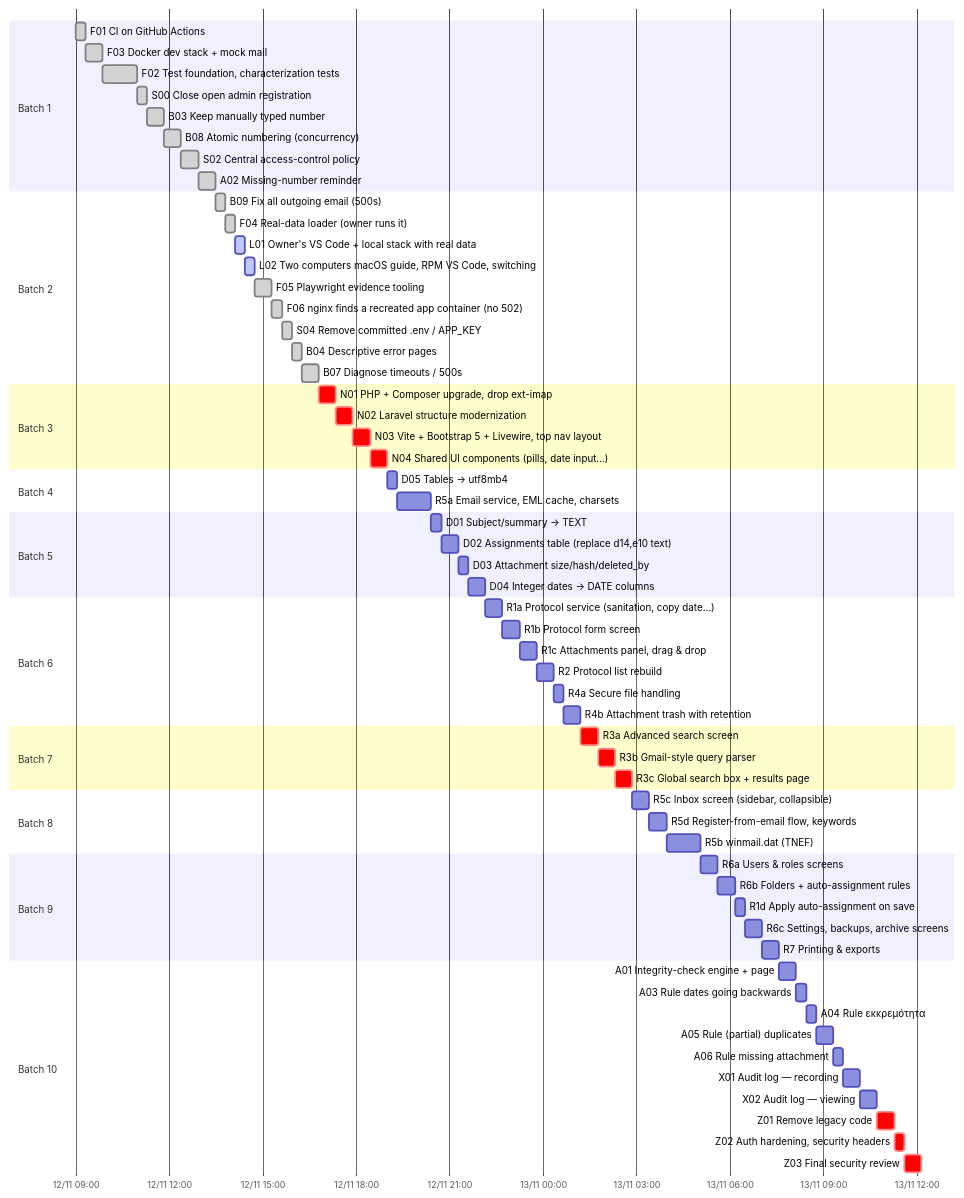
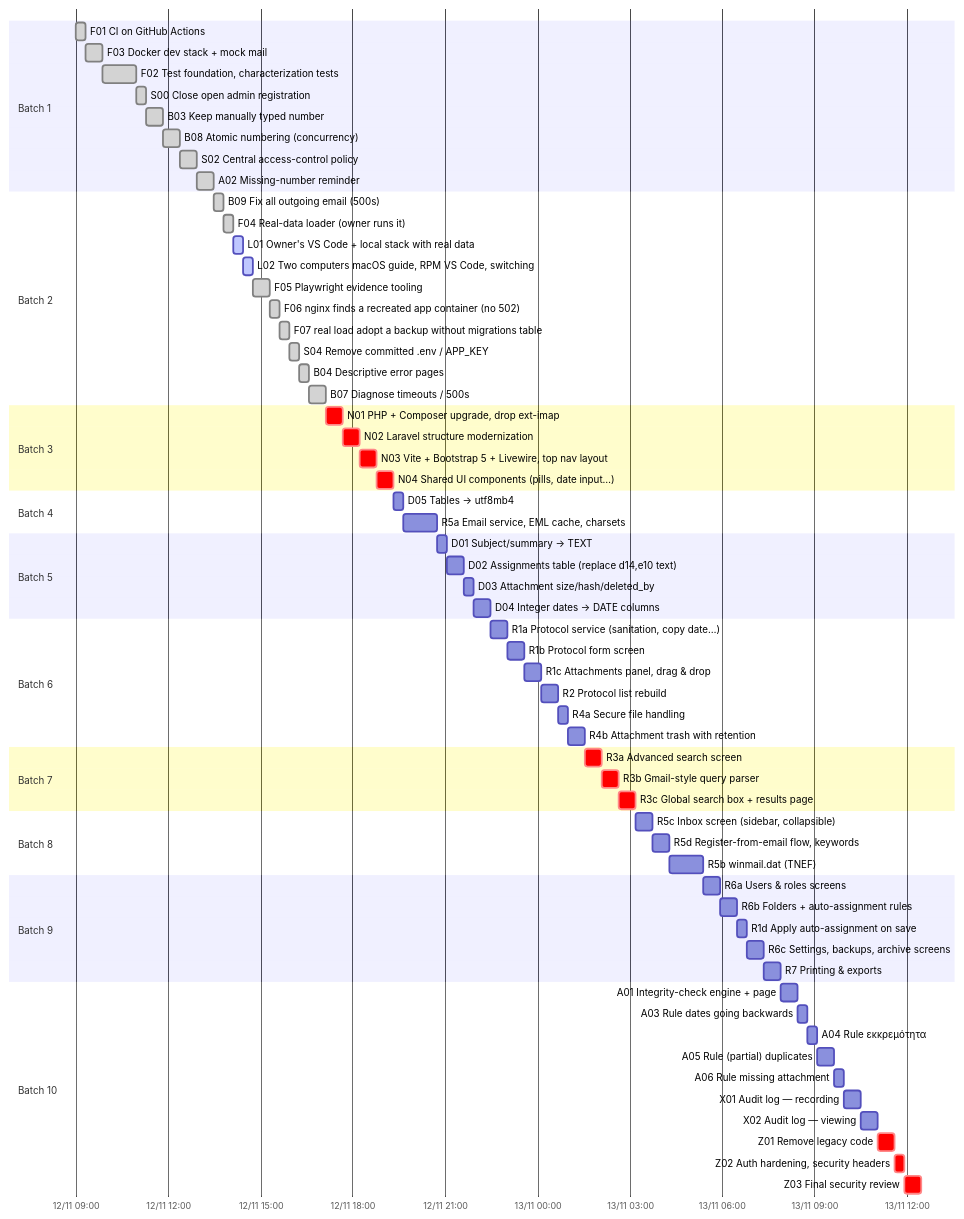
Before and after one commit to dipelaserasmus-del/electronic_protocol: the second of 2 diagrams in docs/plan/PROGRESS.md, drawn with Mermaid. The commit also changed other lines of this file and 8 other files, not shown here.

First line of the commit message:
F07: adopt legacy schema before migrate (real load + production)

````diff
--- a/docs/plan/PROGRESS.md
+++ b/docs/plan/PROGRESS.md
@@ -200,70 +202,71 @@
 ```mermaid
 gantt
   dateFormat YYYY-MM-DD HH:mm
   axisFormat %d/%m %H:%M
   todayMarker off
   section Batch 1
   F01 CI on GitHub Actions :done, f01, 2026-11-12 09:00, 19m
   F03 Docker dev stack + mock mail :done, f03, 2026-11-12 09:19, 33m
   F02 Test foundation, characterization tests :done, f02, 2026-11-12 09:52, 66m
   S00 Close open admin registration :done, s00, 2026-11-12 10:58, 19m
   B03 Keep manually typed number :done, b03, 2026-11-12 11:17, 33m
   B08 Atomic numbering (concurrency) :done, b08, 2026-11-12 11:50, 33m
   S02 Central access-control policy :done, s02, 2026-11-12 12:23, 33m
   A02 Missing-number reminder :done, a02, 2026-11-12 12:56, 33m
   section Batch 2
   B09 Fix all outgoing email (500s) :done, b09, 2026-11-12 13:29, 19m
   F04 Real-data loader (owner runs it) :done, f04, 2026-11-12 13:48, 19m
   L01 Owner's VS Code + local stack with real data :active, l01, 2026-11-12 14:07, 19m
   L02 Two computers  macOS guide, RPM VS Code, switching :active, l02, 2026-11-12 14:26, 19m
   F05 Playwright evidence tooling :done, f05, 2026-11-12 14:45, 33m
   F06 nginx finds a recreated app container (no 502) :done, f06, 2026-11-12 15:18, 19m
-  S04 Remove committed .env / APP_KEY :done, s04, 2026-11-12 15:37, 19m
-  B04 Descriptive error pages :done, b04, 2026-11-12 15:56, 19m
-  B07 Diagnose timeouts / 500s :done, b07, 2026-11-12 16:15, 33m
+  F07 real load  adopt a backup without migrations table :done, f07, 2026-11-12 15:37, 19m
+  S04 Remove committed .env / APP_KEY :done, s04, 2026-11-12 15:56, 19m
+  B04 Descriptive error pages :done, b04, 2026-11-12 16:15, 19m
+  B07 Diagnose timeouts / 500s :done, b07, 2026-11-12 16:34, 33m
   section Batch 3
-  N01 PHP + Composer upgrade, drop ext-imap :crit, n01, 2026-11-12 16:48, 33m
-  N02 Laravel structure modernization :crit, n02, 2026-11-12 17:21, 33m
-  N03 Vite + Bootstrap 5 + Livewire, top nav layout :crit, n03, 2026-11-12 17:54, 33m
-  N04 Shared UI components (pills, date input…) :crit, n04, 2026-11-12 18:27, 33m
+  N01 PHP + Composer upgrade, drop ext-imap :crit, n01, 2026-11-12 17:07, 33m
+  N02 Laravel structure modernization :crit, n02, 2026-11-12 17:40, 33m
+  N03 Vite + Bootstrap 5 + Livewire, top nav layout :crit, n03, 2026-11-12 18:13, 33m
+  N04 Shared UI components (pills, date input…) :crit, n04, 2026-11-12 18:46, 33m
   section Batch 4
-  D05 Tables → utf8mb4 :d05, 2026-11-12 19:00, 19m
-  R5a Email service, EML cache, charsets :r5a, 2026-11-12 19:19, 66m
+  D05 Tables → utf8mb4 :d05, 2026-11-12 19:19, 19m
+  R5a Email service, EML cache, charsets :r5a, 2026-11-12 19:38, 66m
   section Batch 5
-  D01 Subject/summary → TEXT :d01, 2026-11-12 20:25, 19m
-  D02 Assignments table (replace d14,e10 text) :d02, 2026-11-12 20:44, 33m
-  D03 Attachment size/hash/deleted_by :d03, 2026-11-12 21:17, 19m
-  D04 Integer dates → DATE columns :d04, 2026-11-12 21:36, 33m
+  D01 Subject/summary → TEXT :d01, 2026-11-12 20:44, 19m
+  D02 Assignments table (replace d14,e10 text) :d02, 2026-11-12 21:03, 33m
+  D03 Attachment size/hash/deleted_by :d03, 2026-11-12 21:36, 19m
+  D04 Integer dates → DATE columns :d04, 2026-11-12 21:55, 33m
   section Batch 6
-  R1a Protocol service (sanitation, copy date…) :r1a, 2026-11-12 22:09, 33m
-  R1b Protocol form screen :r1b, 2026-11-12 22:42, 33m
-  R1c Attachments panel, drag & drop :r1c, 2026-11-12 23:15, 33m
-  R2 Protocol list rebuild :r2, 2026-11-12 23:48, 33m
-  R4a Secure file handling :r4a, 2026-11-13 00:21, 19m
-  R4b Attachment trash with retention :r4b, 2026-11-13 00:40, 33m
+  R1a Protocol service (sanitation, copy date…) :r1a, 2026-11-12 22:28, 33m
+  R1b Protocol form screen :r1b, 2026-11-12 23:01, 33m
+  R1c Attachments panel, drag & drop :r1c, 2026-11-12 23:34, 33m
+  R2 Protocol list rebuild :r2, 2026-11-13 00:07, 33m
+  R4a Secure file handling :r4a, 2026-11-13 00:40, 19m
+  R4b Attachment trash with retention :r4b, 2026-11-13 00:59, 33m
   section Batch 7
-  R3a Advanced search screen :crit, r3a, 2026-11-13 01:13, 33m
-  R3b Gmail-style query parser :crit, r3b, 2026-11-13 01:46, 33m
-  R3c Global search box + results page :crit, r3c, 2026-11-13 02:19, 33m
+  R3a Advanced search screen :crit, r3a, 2026-11-13 01:32, 33m
+  R3b Gmail-style query parser :crit, r3b, 2026-11-13 02:05, 33m
+  R3c Global search box + results page :crit, r3c, 2026-11-13 02:38, 33m
   section Batch 8
-  R5c Inbox screen (sidebar, collapsible) :r5c, 2026-11-13 02:52, 33m
-  R5d Register-from-email flow, keywords :r5d, 2026-11-13 03:25, 33m
-  R5b winmail.dat (TNEF) :r5b, 2026-11-13 03:58, 66m
+  R5c Inbox screen (sidebar, collapsible) :r5c, 2026-11-13 03:11, 33m
+  R5d Register-from-email flow, keywords :r5d, 2026-11-13 03:44, 33m
+  R5b winmail.dat (TNEF) :r5b, 2026-11-13 04:17, 66m
   section Batch 9
-  R6a Users & roles screens :r6a, 2026-11-13 05:04, 33m
-  R6b Folders + auto-assignment rules :r6b, 2026-11-13 05:37, 33m
-  R1d Apply auto-assignment on save :r1d, 2026-11-13 06:10, 19m
-  R6c Settings, backups, archive screens :r6c, 2026-11-13 06:29, 33m
-  R7 Printing & exports :r7, 2026-11-13 07:02, 33m
+  R6a Users & roles screens :r6a, 2026-11-13 05:23, 33m
+  R6b Folders + auto-assignment rules :r6b, 2026-11-13 05:56, 33m
+  R1d Apply auto-assignment on save :r1d, 2026-11-13 06:29, 19m
+  R6c Settings, backups, archive screens :r6c, 2026-11-13 06:48, 33m
+  R7 Printing & exports :r7, 2026-11-13 07:21, 33m
   section Batch 10
-  A01 Integrity-check engine + page :a01, 2026-11-13 07:35, 33m
-  A03 Rule  dates going backwards :a03, 2026-11-13 08:08, 19m
-  A04 Rule  εκκρεμότητα :a04, 2026-11-13 08:27, 19m
-  A05 Rule  (partial) duplicates :a05, 2026-11-13 08:46, 33m
-  A06 Rule  missing attachment :a06, 2026-11-13 09:19, 19m
-  X01 Audit log — recording :x01, 2026-11-13 09:38, 33m
-  X02 Audit log — viewing :x02, 2026-11-13 10:11, 33m
-  Z01 Remove legacy code :crit, z01, 2026-11-13 10:44, 33m
-  Z02 Auth hardening, security headers :crit, z02, 2026-11-13 11:17, 19m
-  Z03 Final security review :crit, z03, 2026-11-13 11:36, 33m
+  A01 Integrity-check engine + page :a01, 2026-11-13 07:54, 33m
+  A03 Rule  dates going backwards :a03, 2026-11-13 08:27, 19m
+  A04 Rule  εκκρεμότητα :a04, 2026-11-13 08:46, 19m
+  A05 Rule  (partial) duplicates :a05, 2026-11-13 09:05, 33m
+  A06 Rule  missing attachment :a06, 2026-11-13 09:38, 19m
+  X01 Audit log — recording :x01, 2026-11-13 09:57, 33m
+  X02 Audit log — viewing :x02, 2026-11-13 10:30, 33m
+  Z01 Remove legacy code :crit, z01, 2026-11-13 11:03, 33m
+  Z02 Auth hardening, security headers :crit, z02, 2026-11-13 11:36, 19m
+  Z03 Final security review :crit, z03, 2026-11-13 11:55, 33m
 ```
````
